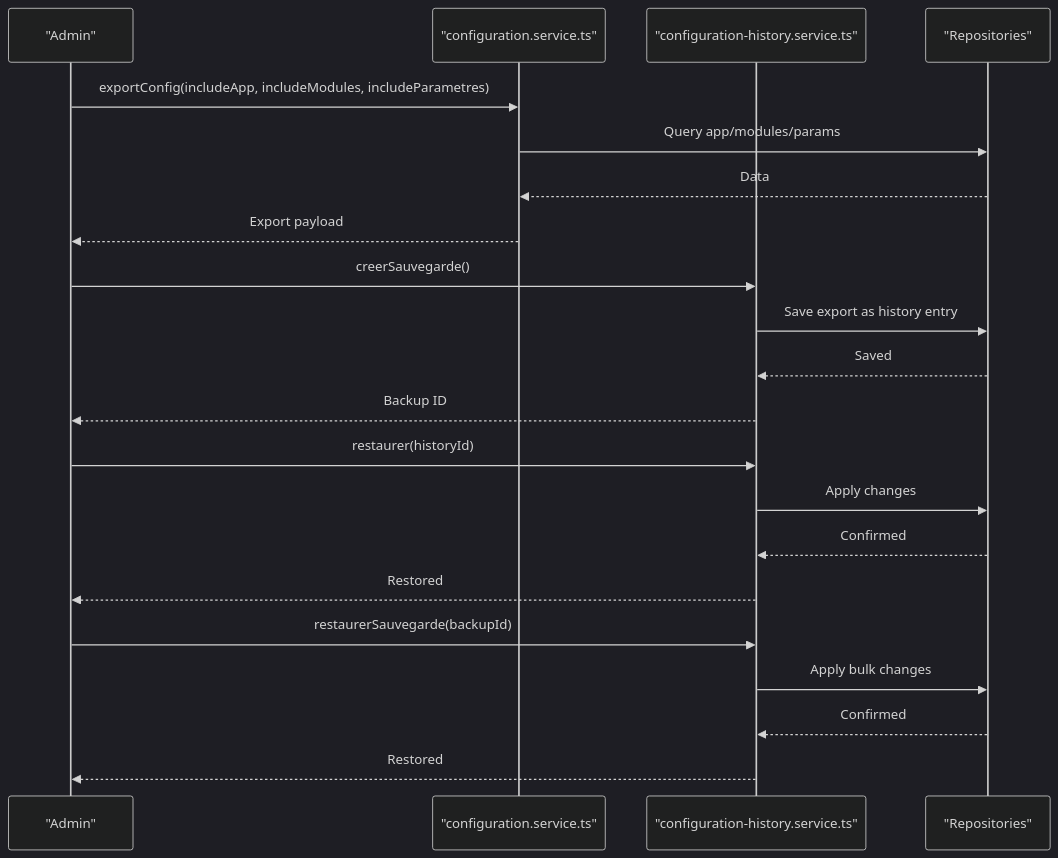
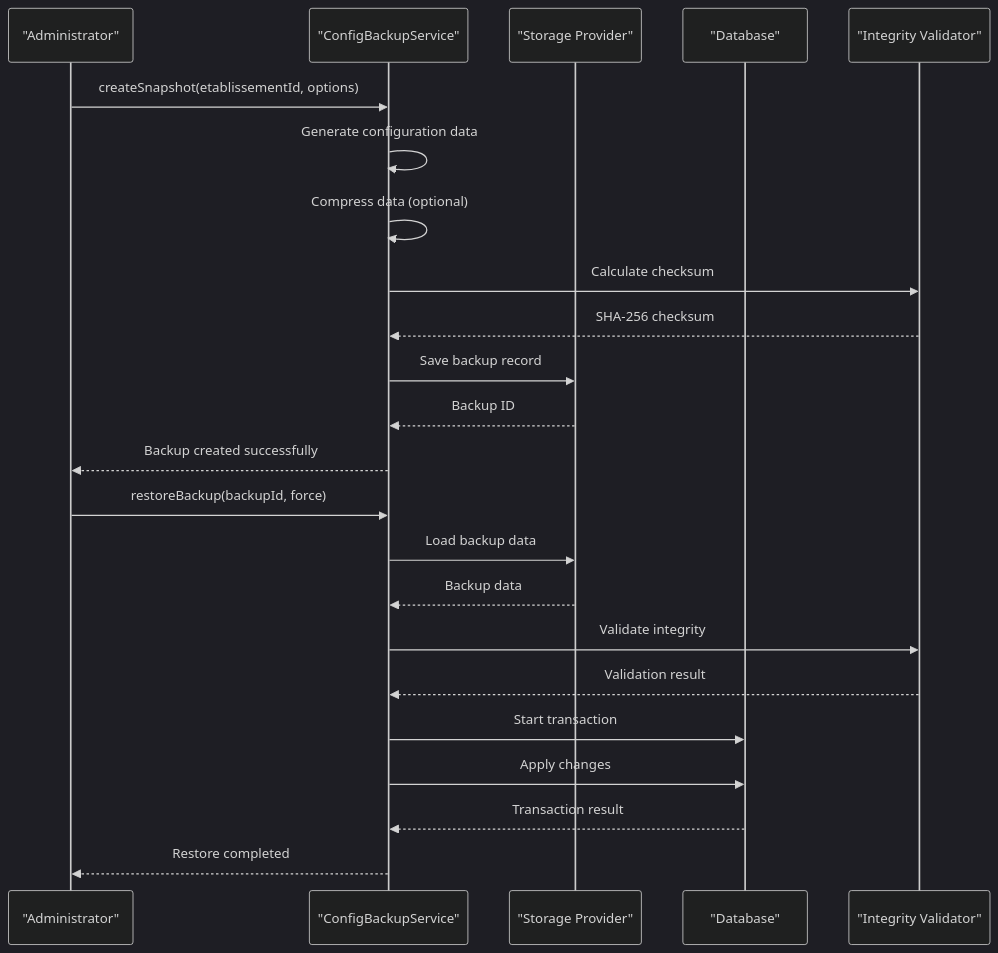
Diagram 16 of 16 in .qoder/repowiki/en/content/Configuration & Environment Management.md (franckylab/eLISAschool), drawn with Mermaid (dark theme) before and after one commit. The commit also changed other lines of this file and 254 other files, not shown here.

````diff
--- a/.qoder/repowiki/en/content/Configuration & Environment Management.md
+++ b/.qoder/repowiki/en/content/Configuration & Environment Management.md
@@ -635,23 +960,25 @@
 ```mermaid
 sequenceDiagram
-participant Admin as "Admin"
-participant Svc as "configuration.service.ts"
-participant Hist as "configuration-history.service.ts"
-participant Repo as "Repositories"
-Admin->>Svc : exportConfig(includeApp, includeModules, includeParametres)
-Svc->>Repo : Query app/modules/params
-Repo-->>Svc : Data
-Svc-->>Admin : Export payload
-Admin->>Hist : creerSauvegarde()
-Hist->>Repo : Save export as history entry
-Repo-->>Hist : Saved
-Hist-->>Admin : Backup ID
-Admin->>Hist : restaurer(historyId)
-Hist->>Repo : Apply changes
-Repo-->>Hist : Confirmed
-Hist-->>Admin : Restored
-Admin->>Hist : restaurerSauvegarde(backupId)
-Hist->>Repo : Apply bulk changes
-Repo-->>Hist : Confirmed
-Hist-->>Admin : Restored
+participant Admin as "Administrator"
+participant BackupSvc as "ConfigBackupService"
+participant Storage as "Storage Provider"
+participant DB as "Database"
+participant Validator as "Integrity Validator"
+Admin->>BackupSvc : createSnapshot(etablissementId, options)
+BackupSvc->>BackupSvc : Generate configuration data
+BackupSvc->>BackupSvc : Compress data (optional)
+BackupSvc->>Validator : Calculate checksum
+Validator-->>BackupSvc : SHA-256 checksum
+BackupSvc->>Storage : Save backup record
+Storage-->>BackupSvc : Backup ID
+BackupSvc-->>Admin : Backup created successfully
+Admin->>BackupSvc : restoreBackup(backupId, force)
+BackupSvc->>Storage : Load backup data
+Storage-->>BackupSvc : Backup data
+BackupSvc->>Validator : Validate integrity
+Validator-->>BackupSvc : Validation result
+BackupSvc->>DB : Start transaction
+BackupSvc->>DB : Apply changes
+DB-->>BackupSvc : Transaction result
+BackupSvc-->>Admin : Restore completed
 ```
````
